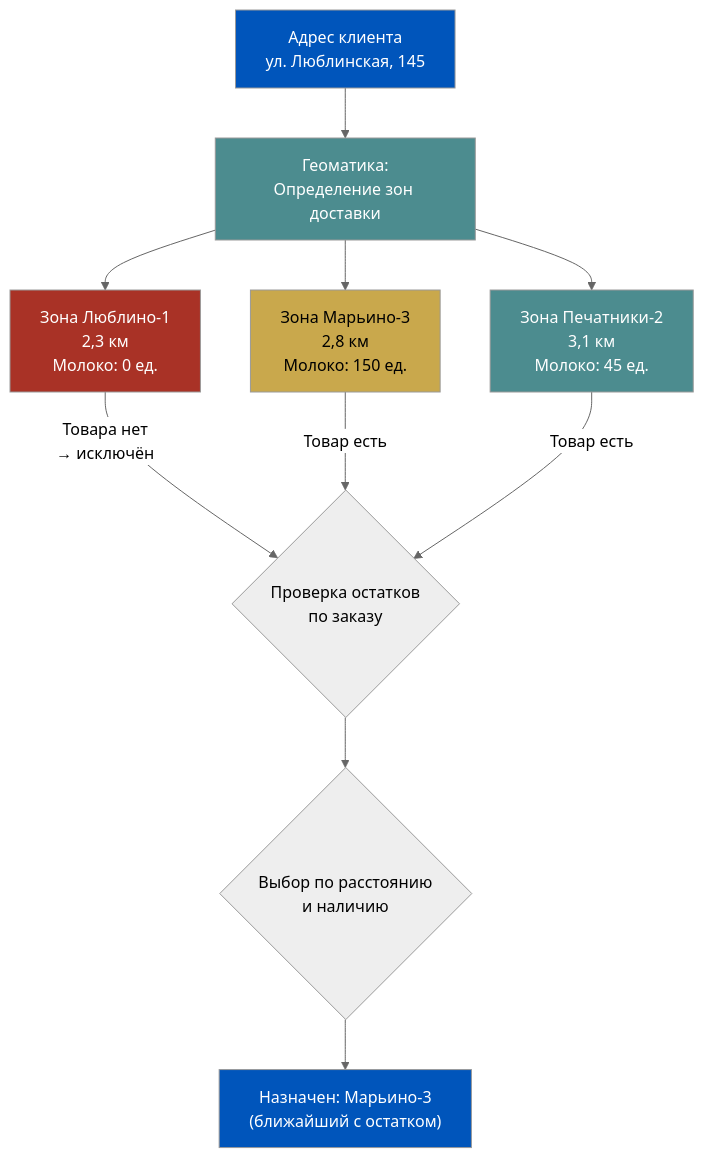
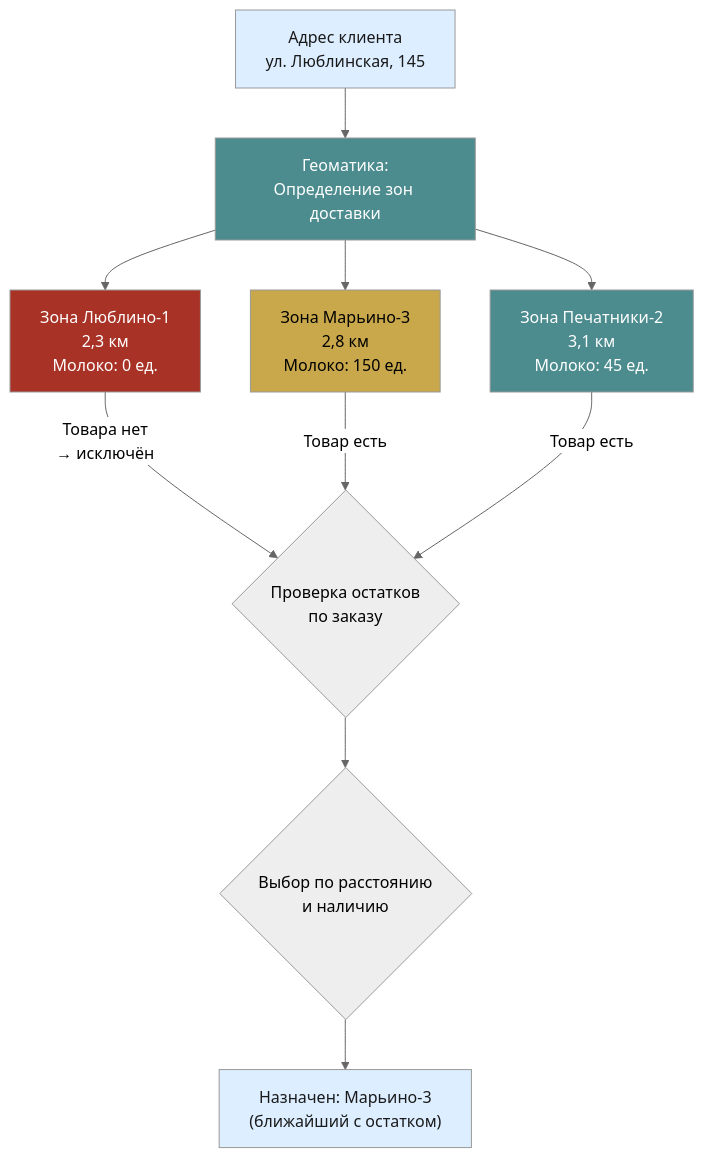
One commit to murad1986/1c-erp-quartz changed the third of 7 diagrams in content/1c-erp/week_7/Неделя 7 - День 2 - Интеграция курьерской доставки.md. Above: the diagram before and after it, drawn with Mermaid (neutral theme). The commit also changed other lines of this file and 57 other files, not shown here.

First line of the commit message:
fix: Mermaid — пастельные цвета в источниках диаграмм (56 файлов)

````diff
--- a/content/1c-erp/week_7/Неделя 7 - День 2 - Интеграция курьерской доставки.md
+++ b/content/1c-erp/week_7/Неделя 7 - День 2 - Интеграция курьерской доставки.md
@@ -197,35 +197,35 @@
 ```mermaid
 flowchart TD
     Client["Адрес клиента<br/>ул. Люблинская, 145"]
 
-    style Client fill:#0055BB,color:#fff
+    style Client fill:#dceeff,color:#1a1a1a
 
     GeoCheck["Геоматика:<br/>Определение зон доставки"]
 
     style GeoCheck fill:#4C8C8F,color:#fff
 
     Z1["Зона Люблино-1<br/>2,3 км<br/>Молоко: 0 ед."]
     Z2["Зона Марьино-3<br/>2,8 км<br/>Молоко: 150 ед."]
     Z3["Зона Печатники-2<br/>3,1 км<br/>Молоко: 45 ед."]
 
     style Z1 fill:#A93226,color:#fff
     style Z2 fill:#C9A84C,color:#000
     style Z3 fill:#4C8C8F,color:#fff
 
     Client --> GeoCheck
     GeoCheck --> Z1
     GeoCheck --> Z2
     GeoCheck --> Z3
 
     StockCheck{"Проверка остатков<br/>по заказу"}
     Z1 -->|"Товара нет<br/>→ исключён"| StockCheck
     Z2 -->|"Товар есть"| StockCheck
     Z3 -->|"Товар есть"| StockCheck
 
     DistCheck{"Выбор по расстоянию<br/>и наличию"}
     StockCheck --> DistCheck
 
     Result["Назначен: Марьино-3<br/>(ближайший с остатком)"]
-    style Result fill:#0055BB,color:#fff
+    style Result fill:#dceeff,color:#1a1a1a
     DistCheck --> Result
 ```
````
